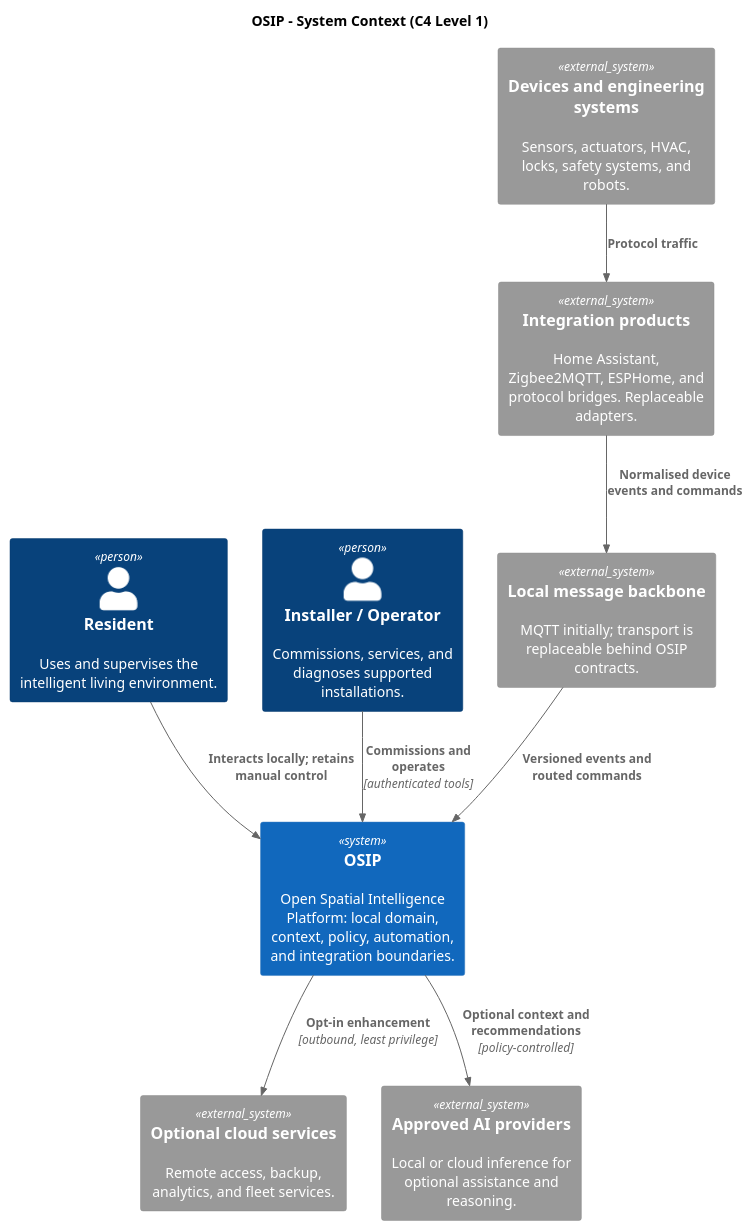
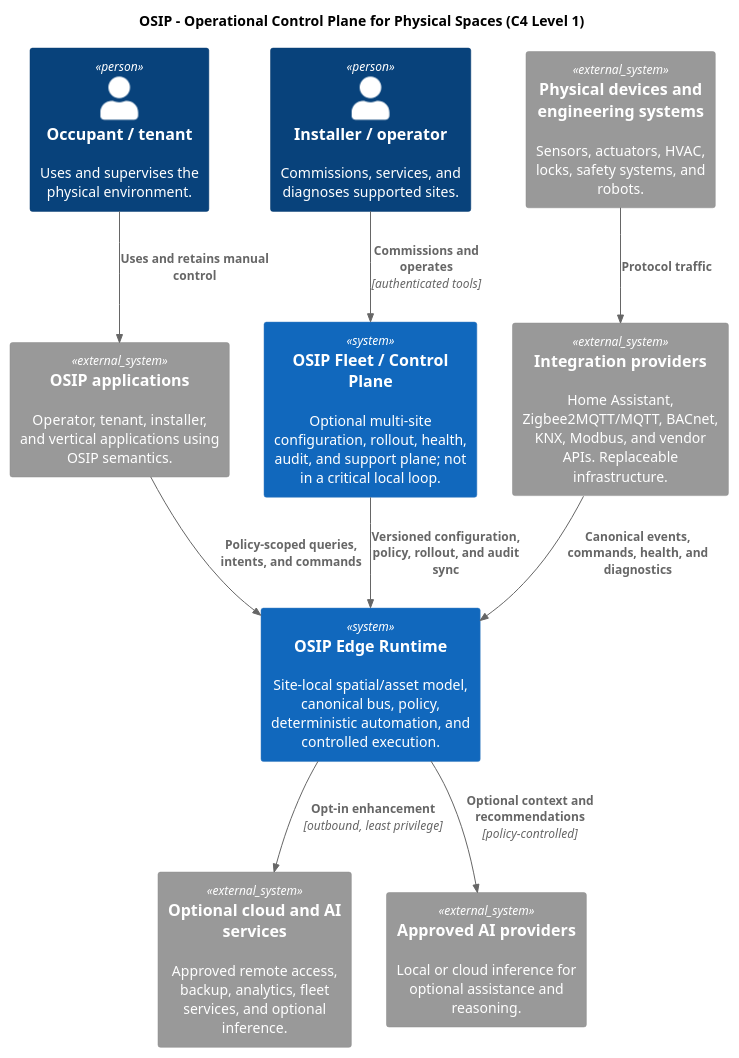
Before and after one commit to 3hllc/osip-docs: the diagram in diagrams/c4-system-context.puml, drawn with PlantUML. The commit also changed 91 other files, not shown here.

Commit message:
Define OSIP reasoning and deployment architecture

```diff
--- a/diagrams/c4-system-context.puml
+++ b/diagrams/c4-system-context.puml
@@ -1,22 +1,24 @@
 @startuml c4-system-context
 !include <C4/C4_Context>
-title OSIP - System Context (C4 Level 1)
+title OSIP - Operational Control Plane for Physical Spaces (C4 Level 1)
 top to bottom direction
 
-Person(resident, "Resident", "Uses and supervises the intelligent living environment.")
-Person(installer, "Installer / Operator", "Commissions, services, and diagnoses supported installations.")
-System(osip, "OSIP", "Open Spatial Intelligence Platform: local domain, context, policy, automation, and integration boundaries.")
-System_Ext(devices, "Devices and engineering systems", "Sensors, actuators, HVAC, locks, safety systems, and robots.")
-System_Ext(integration, "Integration products", "Home Assistant, Zigbee2MQTT, ESPHome, and protocol bridges. Replaceable adapters.")
-System_Ext(bus, "Local message backbone", "MQTT initially; transport is replaceable behind OSIP contracts.")
-System_Ext(cloud, "Optional cloud services", "Remote access, backup, analytics, and fleet services.")
+Person(occupant, "Occupant / tenant", "Uses and supervises the physical environment.")
+Person(operator, "Installer / operator", "Commissions, services, and diagnoses supported sites.")
+System(edge, "OSIP Edge Runtime", "Site-local spatial/asset model, canonical bus, policy, deterministic automation, and controlled execution.")
+System(control, "OSIP Fleet / Control Plane", "Optional multi-site configuration, rollout, health, audit, and support plane; not in a critical local loop.")
+System_Ext(devices, "Physical devices and engineering systems", "Sensors, actuators, HVAC, locks, safety systems, and robots.")
+System_Ext(providers, "Integration providers", "Home Assistant, Zigbee2MQTT/MQTT, BACnet, KNX, Modbus, and vendor APIs. Replaceable infrastructure.")
+System_Ext(applications, "OSIP applications", "Operator, tenant, installer, and vertical applications using OSIP semantics.")
+System_Ext(cloud, "Optional cloud and AI services", "Approved remote access, backup, analytics, fleet services, and optional inference.")
 System_Ext(ai, "Approved AI providers", "Local or cloud inference for optional assistance and reasoning.")
 
-Rel(resident, osip, "Interacts locally; retains manual control")
-Rel(installer, osip, "Commissions and operates", "authenticated tools")
-Rel(devices, integration, "Protocol traffic")
-Rel(integration, bus, "Normalised device events and commands")
-Rel(bus, osip, "Versioned events and routed commands")
-Rel(osip, cloud, "Opt-in enhancement", "outbound, least privilege")
-Rel(osip, ai, "Optional context and recommendations", "policy-controlled")
+Rel(occupant, applications, "Uses and retains manual control")
+Rel(operator, control, "Commissions and operates", "authenticated tools")
+Rel(applications, edge, "Policy-scoped queries, intents, and commands")
+Rel(devices, providers, "Protocol traffic")
+Rel(providers, edge, "Canonical events, commands, health, and diagnostics")
+Rel(control, edge, "Versioned configuration, policy, rollout, and audit sync")
+Rel(edge, cloud, "Opt-in enhancement", "outbound, least privilege")
+Rel(edge, ai, "Optional context and recommendations", "policy-controlled")
 @enduml
```
